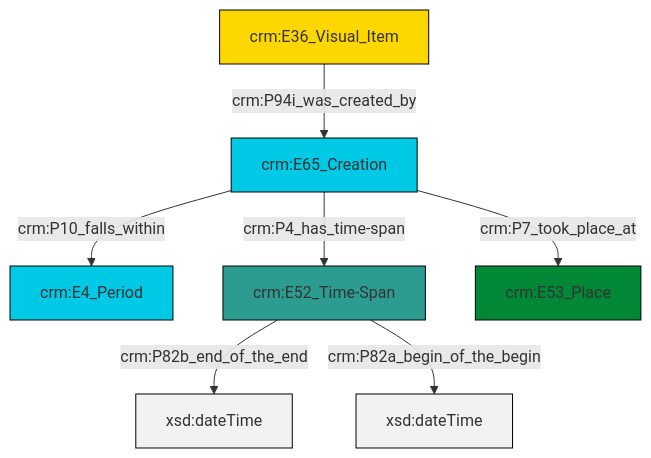
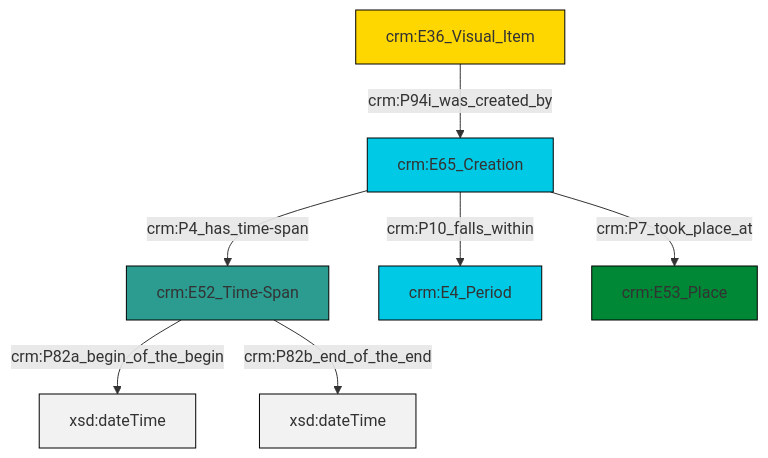
Before and after one commit to swiss-art-research-net/docs.swissartresearch: the diagram in et/imgCSV/ttl/mmd/img_existence.ttl.mmd, drawn with Mermaid. The commit also changed 178 other files, not shown here.

```diff
--- a/et/imgCSV/ttl/mmd/img_existence.ttl.mmd
+++ b/et/imgCSV/ttl/mmd/img_existence.ttl.mmd
@@ -1,21 +1,21 @@
 graph TD
 classDef Literal fill:#f2f2f2,stroke:#000000;
 classDef CRM_Entity fill:#FFFFFF,stroke:#000000;
 classDef Temporal_Entity fill:#00C9E6, stroke:#000000;
 classDef Type fill:#E18312, stroke:#000000;
 classDef Time-Span fill:#2C9C91, stroke:#000000;
 classDef Appellation fill:#FFEB7F, stroke:#000000;
 classDef Place fill:#008836, stroke:#000000;
 classDef Persistent_Item fill:#B266B2, stroke:#000000;
 classDef Conceptual_Object fill:#FFD700, stroke:#000000;
 classDef Physical_Thing fill:#D2B48C, stroke:#000000;
 classDef Actor fill:#f58aad, stroke:#000000;
 classDef PC_Classes fill:#4ce600, stroke:#000000;
 classDef Multi fill:#cccccc,stroke:#000000;
 
-0["crm:E65_Creation"]:::Temporal_Entity -->|crm:P10_falls_within| 1["crm:E4_Period"]:::Temporal_Entity
-2["crm:E52_Time-Span"]:::Time-Span -->|crm:P82b_end_of_the_end| 3[xsd:dateTime]:::Literal
-4["crm:E36_Visual_Item"]:::Conceptual_Object -->|crm:P94i_was_created_by| 0["crm:E65_Creation"]:::Temporal_Entity
-0["crm:E65_Creation"]:::Temporal_Entity -->|crm:P7_took_place_at| 5["crm:E53_Place"]:::Place
-2["crm:E52_Time-Span"]:::Time-Span -->|crm:P82a_begin_of_the_begin| 8[xsd:dateTime]:::Literal
-0["crm:E65_Creation"]:::Temporal_Entity -->|crm:P4_has_time-span| 2["crm:E52_Time-Span"]:::Time-Span
+0["crm:E52_Time-Span"]:::Time-Span -->|crm:P82a_begin_of_the_begin| 1[xsd:dateTime]:::Literal
+6["crm:E65_Creation"]:::Temporal_Entity -->|crm:P10_falls_within| 4["crm:E4_Period"]:::Temporal_Entity
+6["crm:E65_Creation"]:::Temporal_Entity -->|crm:P4_has_time-span| 0["crm:E52_Time-Span"]:::Time-Span
+2["crm:E36_Visual_Item"]:::Conceptual_Object -->|crm:P94i_was_created_by| 6["crm:E65_Creation"]:::Temporal_Entity
+0["crm:E52_Time-Span"]:::Time-Span -->|crm:P82b_end_of_the_end| 10[xsd:dateTime]:::Literal
+6["crm:E65_Creation"]:::Temporal_Entity -->|crm:P7_took_place_at| 7["crm:E53_Place"]:::Place
```
